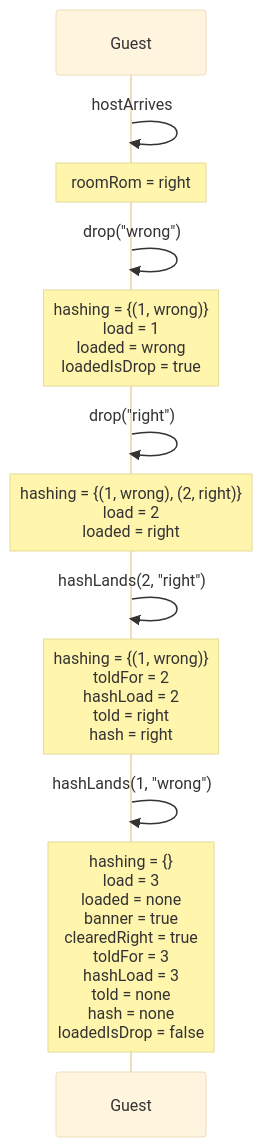
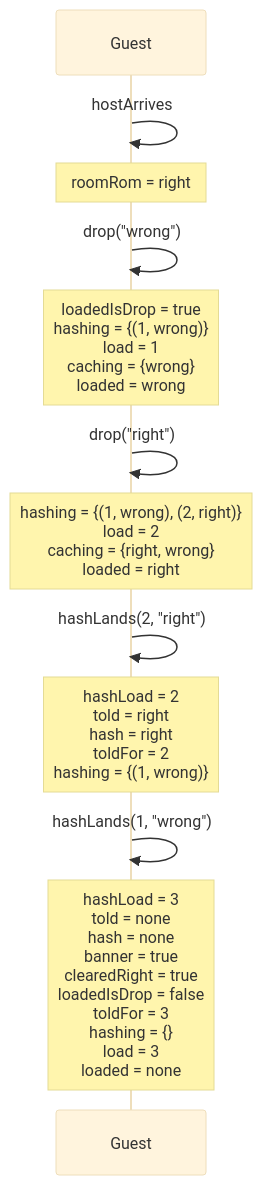
Before and after one commit to kwilson21/kaillera-next: diagram 19 of 27 in docs/spec-traces.md, drawn with Mermaid (base theme). The commit also changed other lines of this file and 11 other files, not shown here.

````diff
--- a/docs/spec-traces.md
+++ b/docs/spec-traces.md
@@ -547,14 +547,14 @@
 ```mermaid
 sequenceDiagram
   participant Guest
   Guest->>Guest: hostArrives
   Note over Guest: roomRom = right
   Guest->>Guest: drop("wrong")
-  Note over Guest: hashing = {(1, wrong)}<br/>load = 1<br/>loaded = wrong<br/>loadedIsDrop = true
+  Note over Guest: loadedIsDrop = true<br/>hashing = {(1, wrong)}<br/>load = 1<br/>caching = {wrong}<br/>loaded = wrong
   Guest->>Guest: drop("right")
-  Note over Guest: hashing = {(1, wrong), (2, right)}<br/>load = 2<br/>loaded = right
+  Note over Guest: hashing = {(1, wrong), (2, right)}<br/>load = 2<br/>caching = {right, wrong}<br/>loaded = right
   Guest->>Guest: hashLands(2, "right")
-  Note over Guest: hashing = {(1, wrong)}<br/>toldFor = 2<br/>hashLoad = 2<br/>told = right<br/>hash = right
+  Note over Guest: hashLoad = 2<br/>told = right<br/>hash = right<br/>toldFor = 2<br/>hashing = {(1, wrong)}
   Guest->>Guest: hashLands(1, "wrong")
-  Note over Guest: hashing = {}<br/>load = 3<br/>loaded = none<br/>banner = true<br/>clearedRight = true<br/>toldFor = 3<br/>hashLoad = 3<br/>told = none<br/>hash = none<br/>loadedIsDrop = false
+  Note over Guest: hashLoad = 3<br/>told = none<br/>hash = none<br/>banner = true<br/>clearedRight = true<br/>loadedIsDrop = false<br/>toldFor = 3<br/>hashing = {}<br/>load = 3<br/>loaded = none
 ```
````
